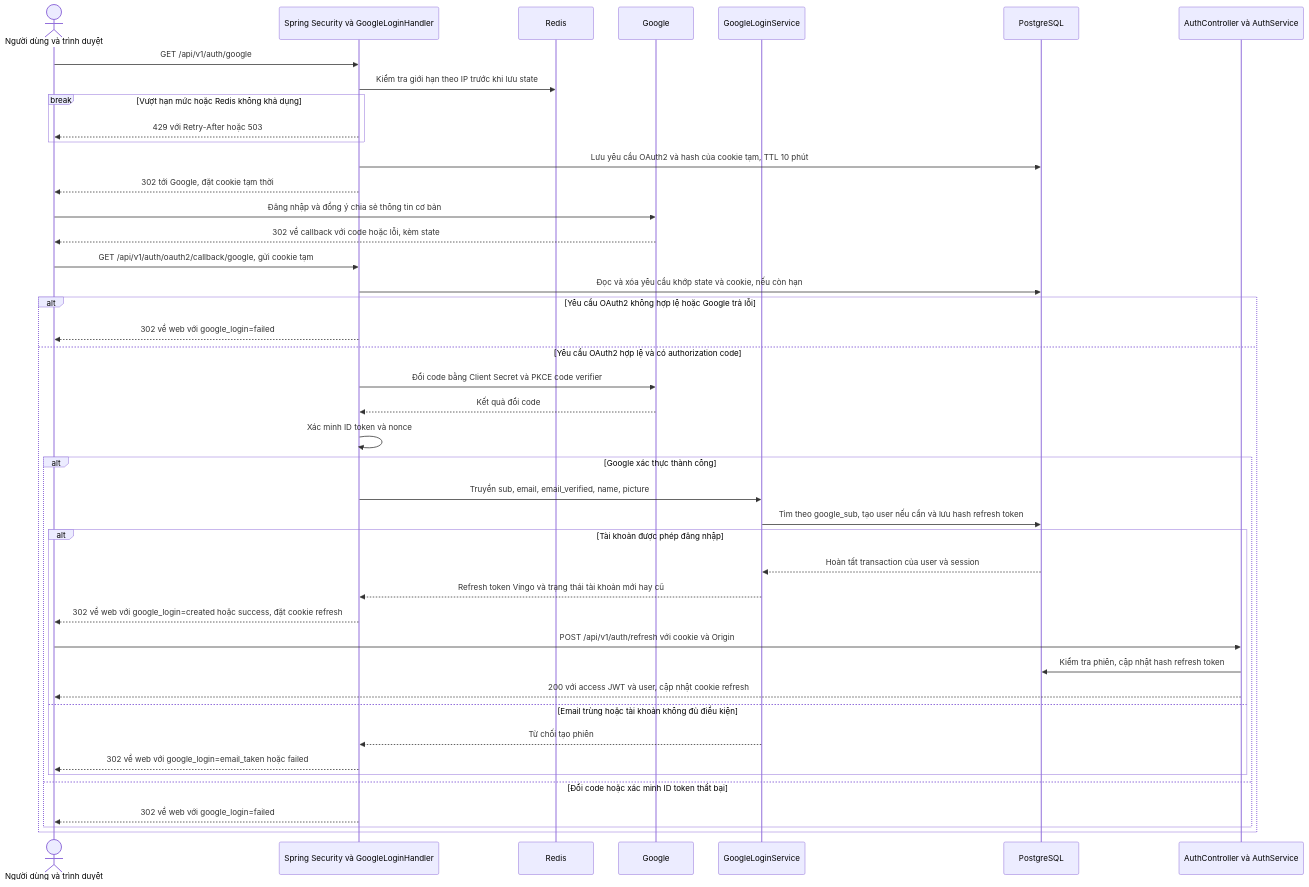
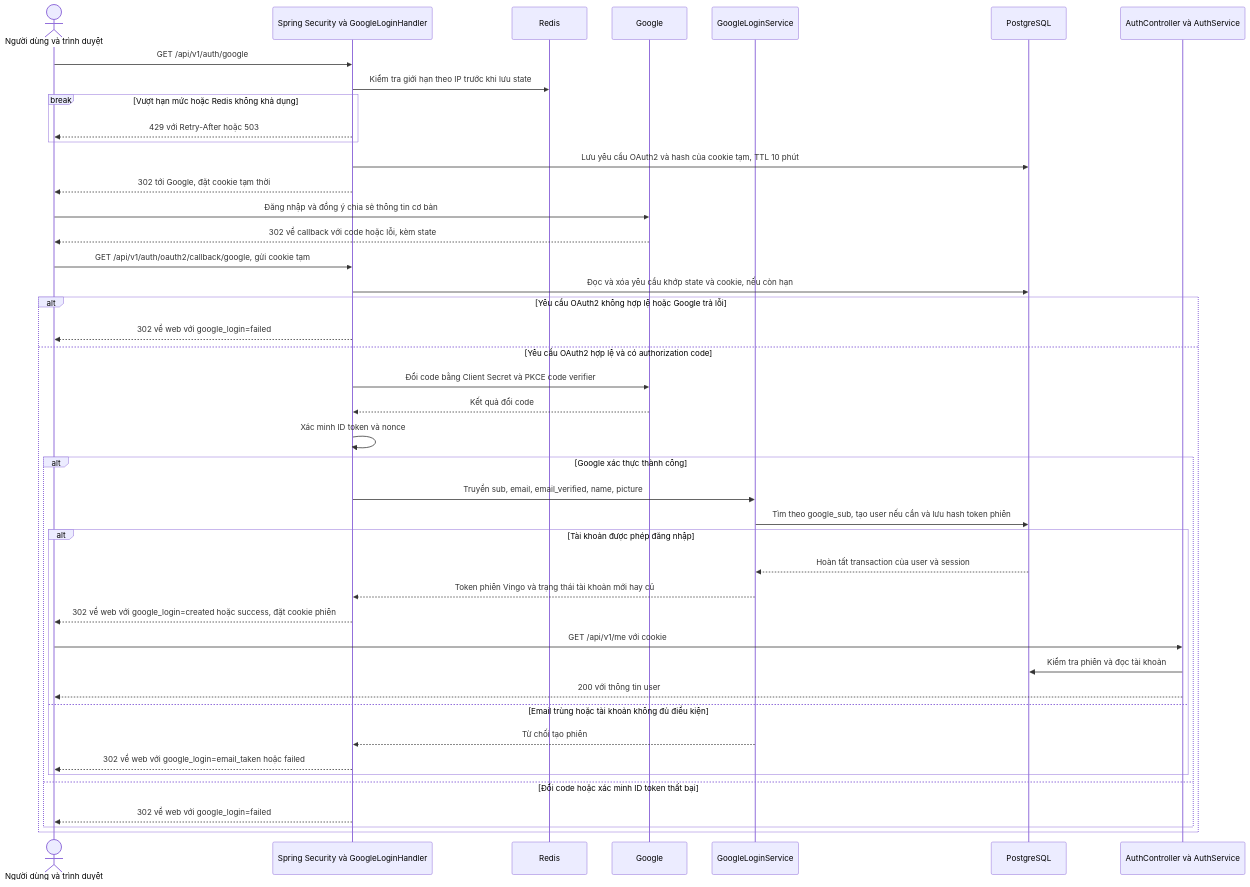
One commit to TNTD-dev/vingo-backend changed the diagram in docs/google-oauth2.md. Above: the diagram before and after it, drawn with Mermaid. The commit also changed other lines of this file and 72 other files, not shown here.

First line of the commit message:
feat(auth): chuyển sang session cookie, thêm danh sách thiết bị và email báo máy lạ

````diff
--- a/docs/google-oauth2.md
+++ b/docs/google-oauth2.md
@@ -17,46 +17,46 @@
 ```mermaid
 sequenceDiagram
     actor Browser as Người dùng và trình duyệt
     participant OAuth as Spring Security và GoogleLoginHandler
     participant Redis as Redis
     participant Google as Google
     participant Login as GoogleLoginService
     participant DB as PostgreSQL
     participant API as AuthController và AuthService
 
     Browser->>OAuth: GET /api/v1/auth/google
     OAuth->>Redis: Kiểm tra giới hạn theo IP trước khi lưu state
     break Vượt hạn mức hoặc Redis không khả dụng
         OAuth-->>Browser: 429 với Retry-After hoặc 503
     end
     OAuth->>DB: Lưu yêu cầu OAuth2 và hash của cookie tạm, TTL 10 phút
     OAuth-->>Browser: 302 tới Google, đặt cookie tạm thời
     Browser->>Google: Đăng nhập và đồng ý chia sẻ thông tin cơ bản
     Google-->>Browser: 302 về callback với code hoặc lỗi, kèm state
     Browser->>OAuth: GET /api/v1/auth/oauth2/callback/google, gửi cookie tạm
     OAuth->>DB: Đọc và xóa yêu cầu khớp state và cookie, nếu còn hạn
     alt Yêu cầu OAuth2 không hợp lệ hoặc Google trả lỗi
         OAuth-->>Browser: 302 về web với google_login=failed
     else Yêu cầu OAuth2 hợp lệ và có authorization code
         OAuth->>Google: Đổi code bằng Client Secret và PKCE code verifier
         Google-->>OAuth: Kết quả đổi code
         OAuth->>OAuth: Xác minh ID token và nonce
         alt Google xác thực thành công
             OAuth->>Login: Truyền sub, email, email_verified, name, picture
-            Login->>DB: Tìm theo google_sub, tạo user nếu cần và lưu hash refresh token
+            Login->>DB: Tìm theo google_sub, tạo user nếu cần và lưu hash token phiên
             alt Tài khoản được phép đăng nhập
                 DB-->>Login: Hoàn tất transaction của user và session
-                Login-->>OAuth: Refresh token Vingo và trạng thái tài khoản mới hay cũ
-                OAuth-->>Browser: 302 về web với google_login=created hoặc success, đặt cookie refresh
-                Browser->>API: POST /api/v1/auth/refresh với cookie và Origin
-                API->>DB: Kiểm tra phiên, cập nhật hash refresh token
-                API-->>Browser: 200 với access JWT và user, cập nhật cookie refresh
+                Login-->>OAuth: Token phiên Vingo và trạng thái tài khoản mới hay cũ
+                OAuth-->>Browser: 302 về web với google_login=created hoặc success, đặt cookie phiên
+                Browser->>API: GET /api/v1/me với cookie
+                API->>DB: Kiểm tra phiên và đọc tài khoản
+                API-->>Browser: 200 với thông tin user
             else Email trùng hoặc tài khoản không đủ điều kiện
                 Login-->>OAuth: Từ chối tạo phiên
                 OAuth-->>Browser: 302 về web với google_login=email_taken hoặc failed
             end
         else Đổi code hoặc xác minh ID token thất bại
             OAuth-->>Browser: 302 về web với google_login=failed
         end
     end
 ```
````
